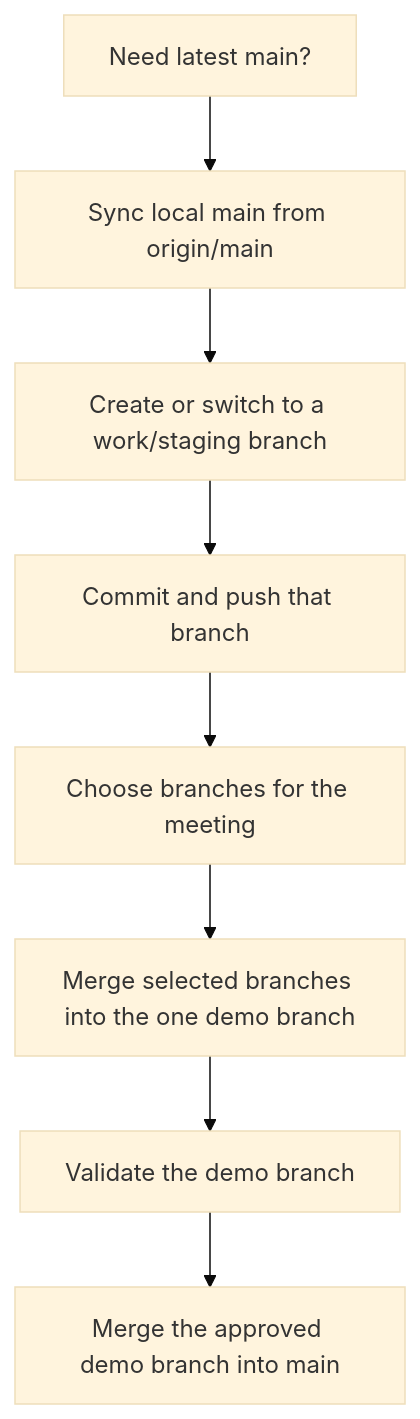
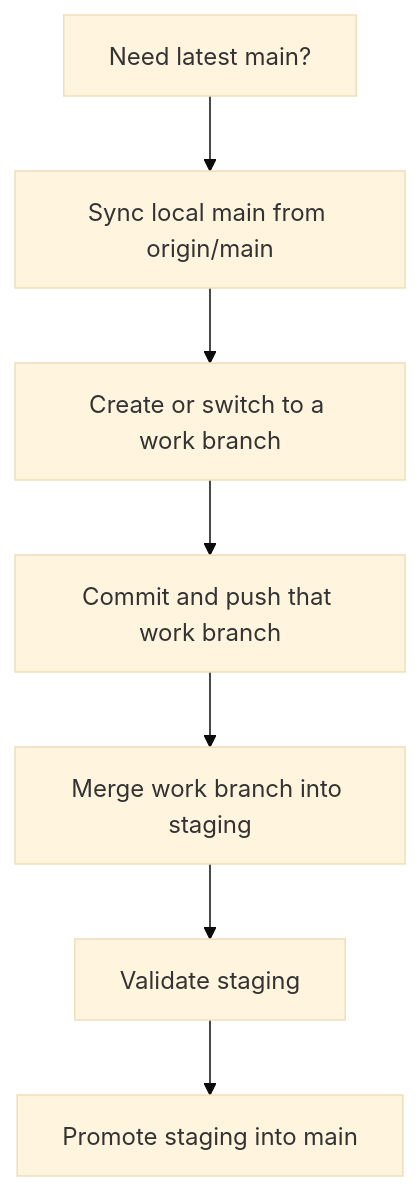
The third of 4 diagrams in docs/GIT_VISUAL_MAP.md (swinneyj/soc-plaform), drawn with Mermaid (base theme) before and after one commit. The commit also changed other lines of this file and 1 other file, not shown here.

Commit message:
Move git workflow changes to staging

````diff
--- a/docs/GIT_VISUAL_MAP.md
+++ b/docs/GIT_VISUAL_MAP.md
@@ -59,10 +54,9 @@
 ```mermaid
 flowchart TD
     A[Need latest main?] --> B[Sync local main from origin/main]
-    B --> C[Create or switch to a work/staging branch]
-    C --> D[Commit and push that branch]
-    D --> E[Choose branches for the meeting]
-    E --> F[Merge selected branches into the one demo branch]
-    F --> G[Validate the demo branch]
-    G --> H[Merge the approved demo branch into main]
+    B --> C[Create or switch to a work branch]
+    C --> D[Commit and push that work branch]
+    D --> E[Merge work branch into staging]
+    E --> F[Validate staging]
+    F --> G[Promote staging into main]
 ```
````
